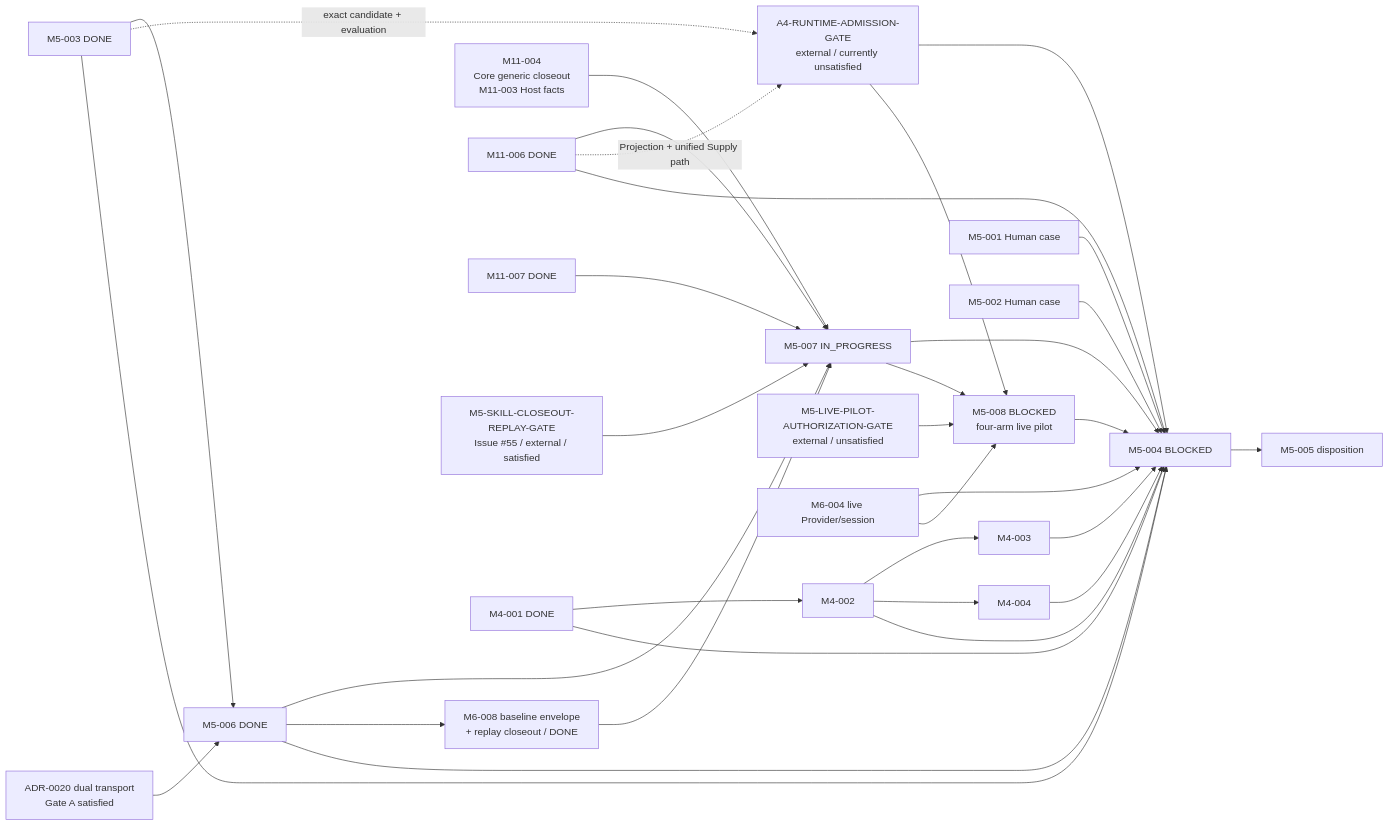
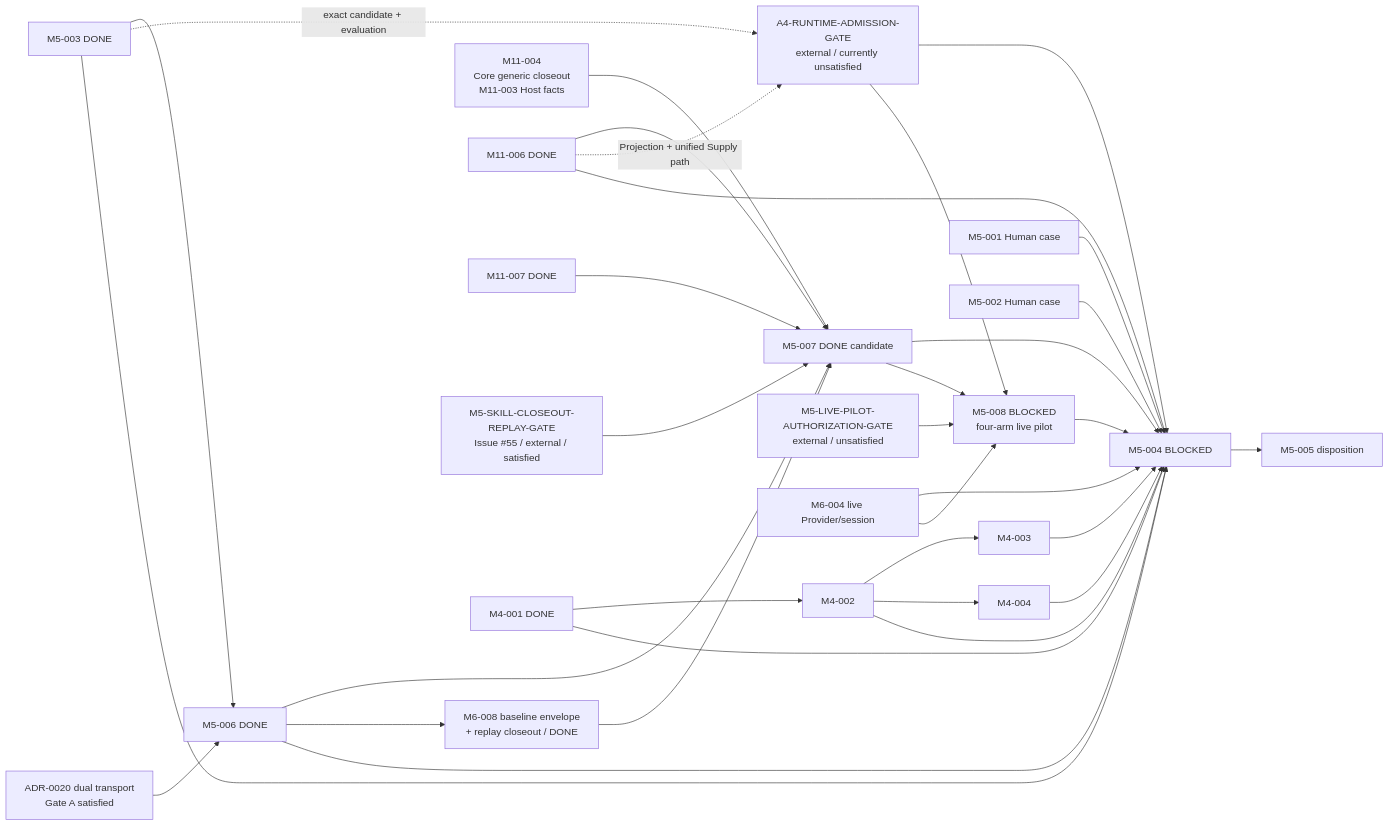
Before and after one commit to Chengyue-Lu/research-agent-workbench: the second of 2 diagrams in docs/workstreams/chengyue-lu/M5-SYSTEM-EVALUATION-DESIGN/README.md, drawn with Mermaid. The commit also changed other lines of this file and 15 other files, not shown here.

````diff
--- a/docs/workstreams/chengyue-lu/M5-SYSTEM-EVALUATION-DESIGN/README.md
+++ b/docs/workstreams/chengyue-lu/M5-SYSTEM-EVALUATION-DESIGN/README.md
@@ -297,38 +297,38 @@
 ```mermaid
 flowchart LR
     M5003["M5-003 DONE"] --> M5006["M5-006 DONE"]
     BTG["ADR-0020 dual transport<br/>Gate A satisfied"] --> M5006
-    M5006 --> M5007["M5-007 IN_PROGRESS"]
+    M5006 --> M5007["M5-007 DONE candidate"]
     M5006 --> M6008["M6-008 baseline envelope<br/>+ replay closeout / DONE"]
     M6008 --> M5007
     M1104["M11-004<br/>Core generic closeout<br/>M11-003 Host facts"] --> M5007
     M1106["M11-006 DONE"] --> M5007
     M1107["M11-007 DONE"] --> M5007
     SCG["M5-SKILL-CLOSEOUT-REPLAY-GATE<br/>Issue #55 / external / satisfied"] --> M5007
 
     M5003 -. "exact candidate + evaluation" .-> A4G["A4-RUNTIME-ADMISSION-GATE<br/>external / currently unsatisfied"]
     M1106 -. "Projection + unified Supply path" .-> A4G
     A4G --> M5004
 
     M4001["M4-001 DONE"] --> M4002["M4-002"]
     M4002 --> M4003["M4-003"]
     M4002 --> M4004["M4-004"]
 
     M5001["M5-001 Human case"] --> M5004["M5-004 BLOCKED"]
     M5002["M5-002 Human case"] --> M5004
     M5003 --> M5004
     M5006 --> M5004
     M5007 --> M5004
     M5007 --> M5008["M5-008 BLOCKED<br/>four-arm live pilot"]
     A4G --> M5008
     PG["M5-LIVE-PILOT-AUTHORIZATION-GATE<br/>external / unsatisfied"] --> M5008
     M5008 --> M5004
     M4001 --> M5004
     M4002 --> M5004
     M4003 --> M5004
     M4004 --> M5004
     M1106 --> M5004
     M6004["M6-004 live Provider/session"] --> M5004
     M6004 --> M5008
     M5004 --> M5005["M5-005 disposition"]
 ```
````
